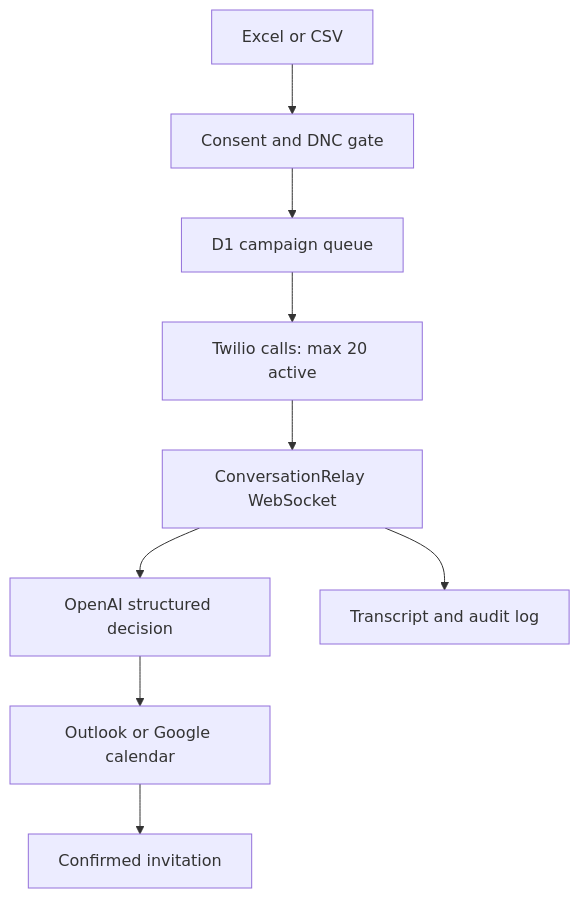
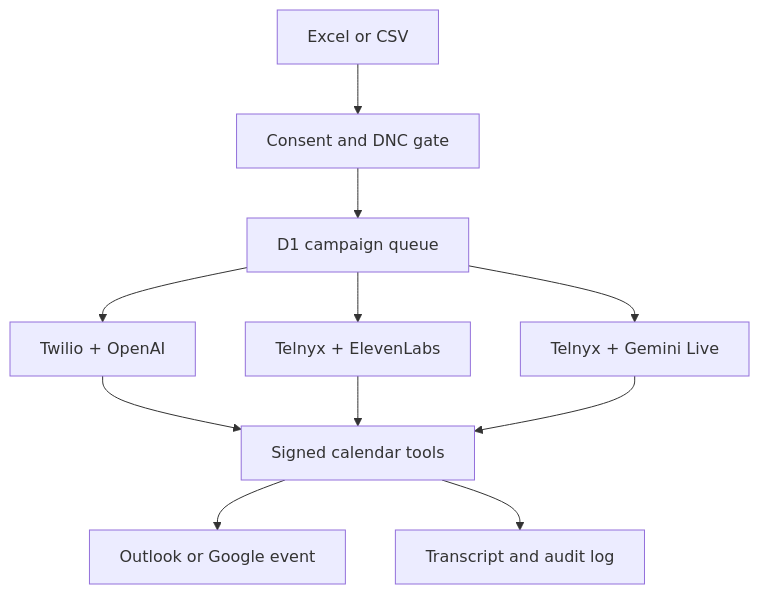
Before and after one commit to DerekM1991/ai-appointment-setter-dailer: the diagram in README.md, drawn with Mermaid. The commit also changed other lines of this file and 31 other files, not shown here.

````diff
--- a/README.md
+++ b/README.md
@@ -30,11 +32,13 @@
 ```mermaid
 flowchart TD
   A["Excel or CSV"] --> B["Consent and DNC gate"]
   B --> C["D1 campaign queue"]
-  C --> D["Twilio calls: max 20 active"]
-  D --> E["ConversationRelay WebSocket"]
-  E --> F["OpenAI structured decision"]
-  F --> G["Outlook or Google calendar"]
-  G --> H["Confirmed invitation"]
-  E --> I["Transcript and audit log"]
+  C --> D["Twilio + OpenAI"]
+  C --> E["Telnyx + ElevenLabs"]
+  C --> F["Telnyx + Gemini Live"]
+  D --> G["Signed calendar tools"]
+  E --> G
+  F --> G
+  G --> H["Outlook or Google event"]
+  G --> I["Transcript and audit log"]
 ```
````
